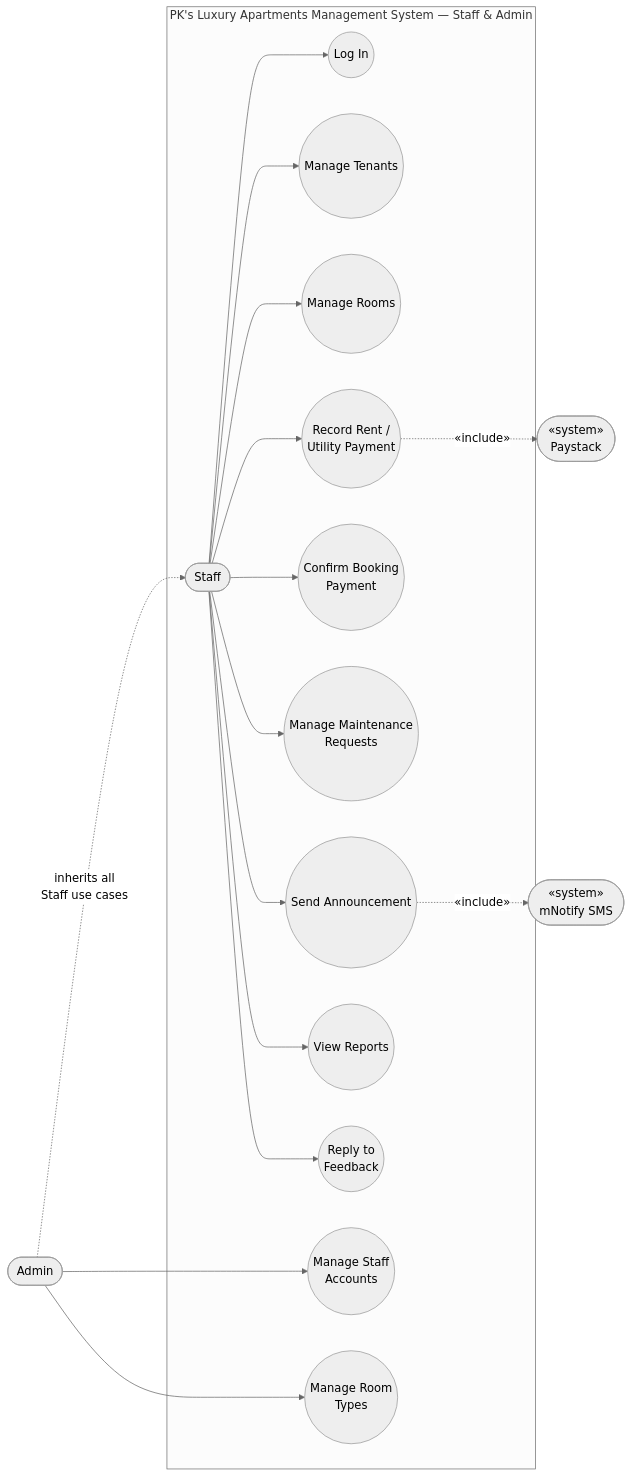
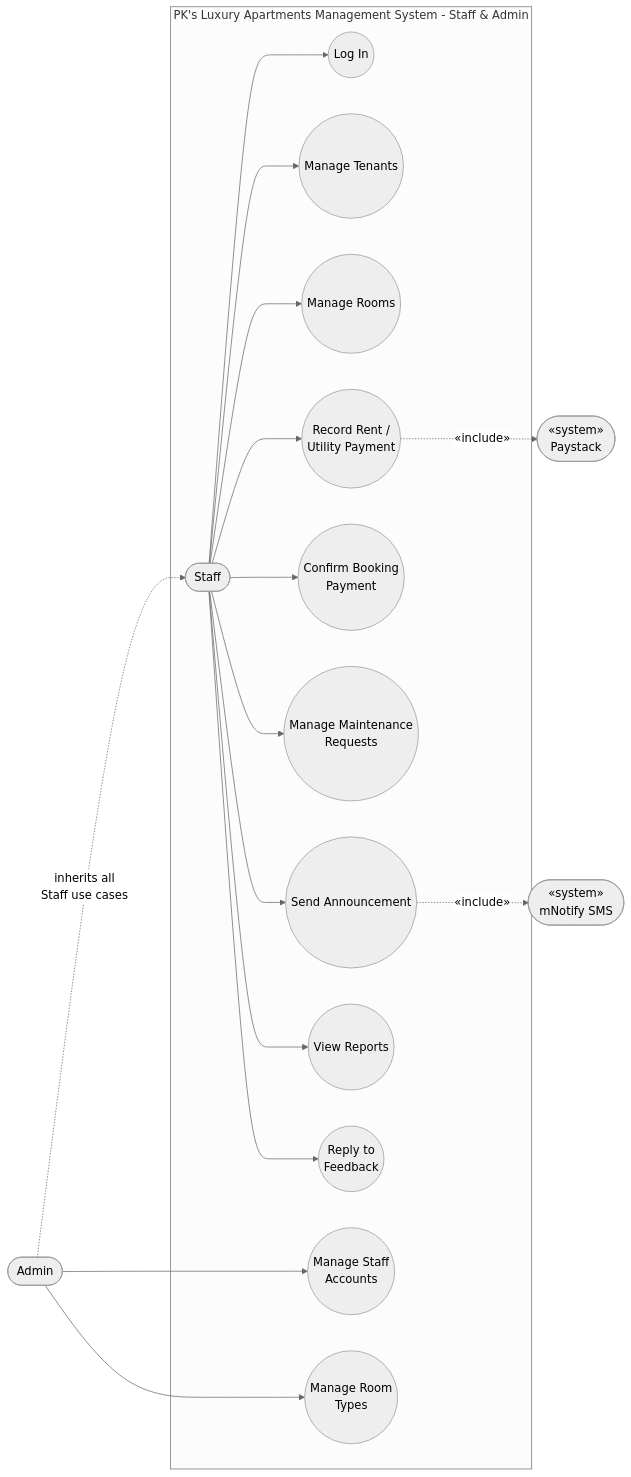
One commit to 12ashongdavid/claude changed the fifth of 5 diagrams in DIAGRAMS.md. Above: the diagram before and after it, drawn with Mermaid (neutral theme). The commit also changed other lines of this file and 85 other files, not shown here.

````diff
--- a/DIAGRAMS.md
+++ b/DIAGRAMS.md
@@ -421,39 +421,39 @@
 ```mermaid
 flowchart LR
     Staff(["Staff"])
     Admin(["Admin"])
     Paystack(["«system»\nPaystack"])
     SMS(["«system»\nmNotify SMS"])
 
     Admin -. "inherits all\nStaff use cases" .-> Staff
 
-    subgraph SYS2 ["PK's Luxury Apartments Management System — Staff & Admin"]
+    subgraph SYS2 ["PK's Luxury Apartments Management System - Staff & Admin"]
         UC14((Log In))
         UC15((Manage Tenants))
         UC16((Manage Rooms))
         UC17((Record Rent /\nUtility Payment))
         UC18((Confirm Booking\nPayment))
         UC19((Manage Maintenance\nRequests))
         UC20((Send Announcement))
         UC21((View Reports))
         UC22((Reply to\nFeedback))
         UC23((Manage Staff\nAccounts))
         UC24((Manage Room\nTypes))
     end
 
     Staff --> UC14
     Staff --> UC15
     Staff --> UC16
     Staff --> UC17
     Staff --> UC18
     Staff --> UC19
     Staff --> UC20
     Staff --> UC21
     Staff --> UC22
 
     Admin --> UC23
     Admin --> UC24
 
     UC17 -. "«include»" .-> Paystack
     UC20 -. "«include»" .-> SMS
 ```
````
